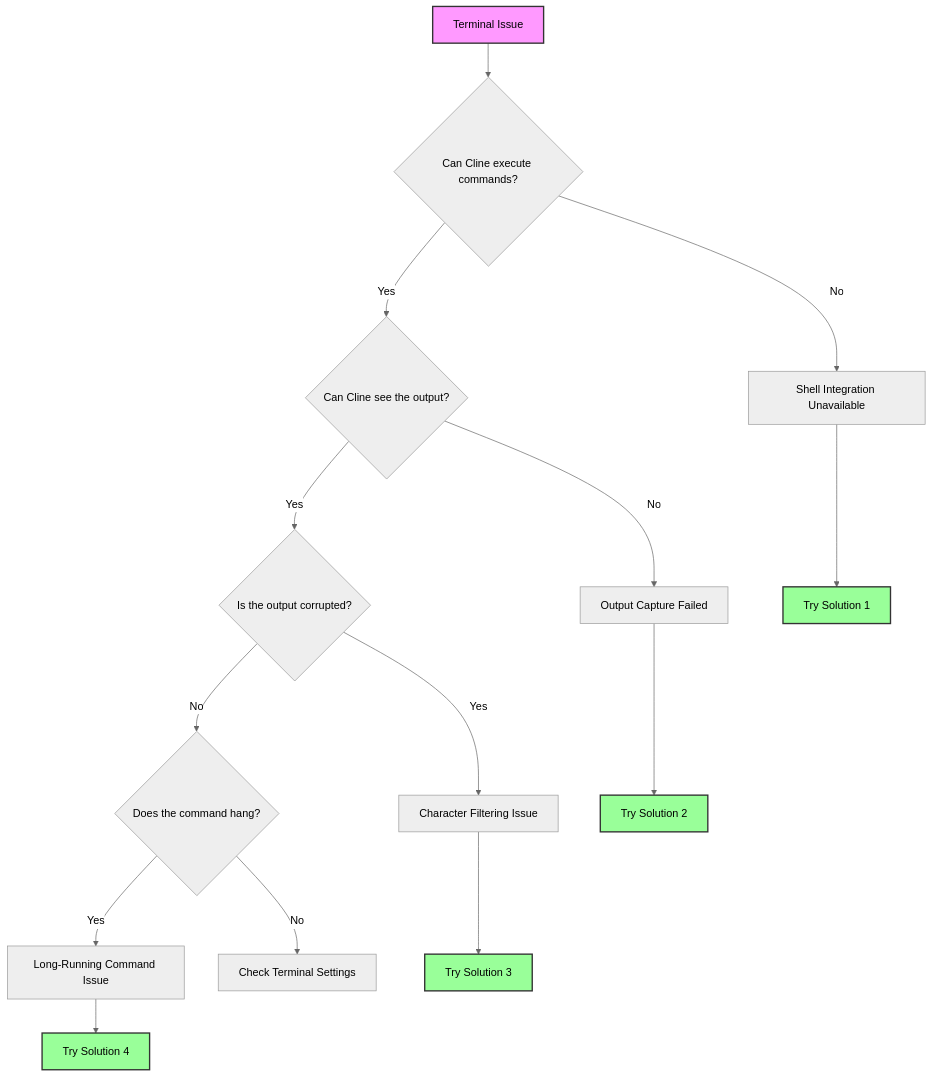
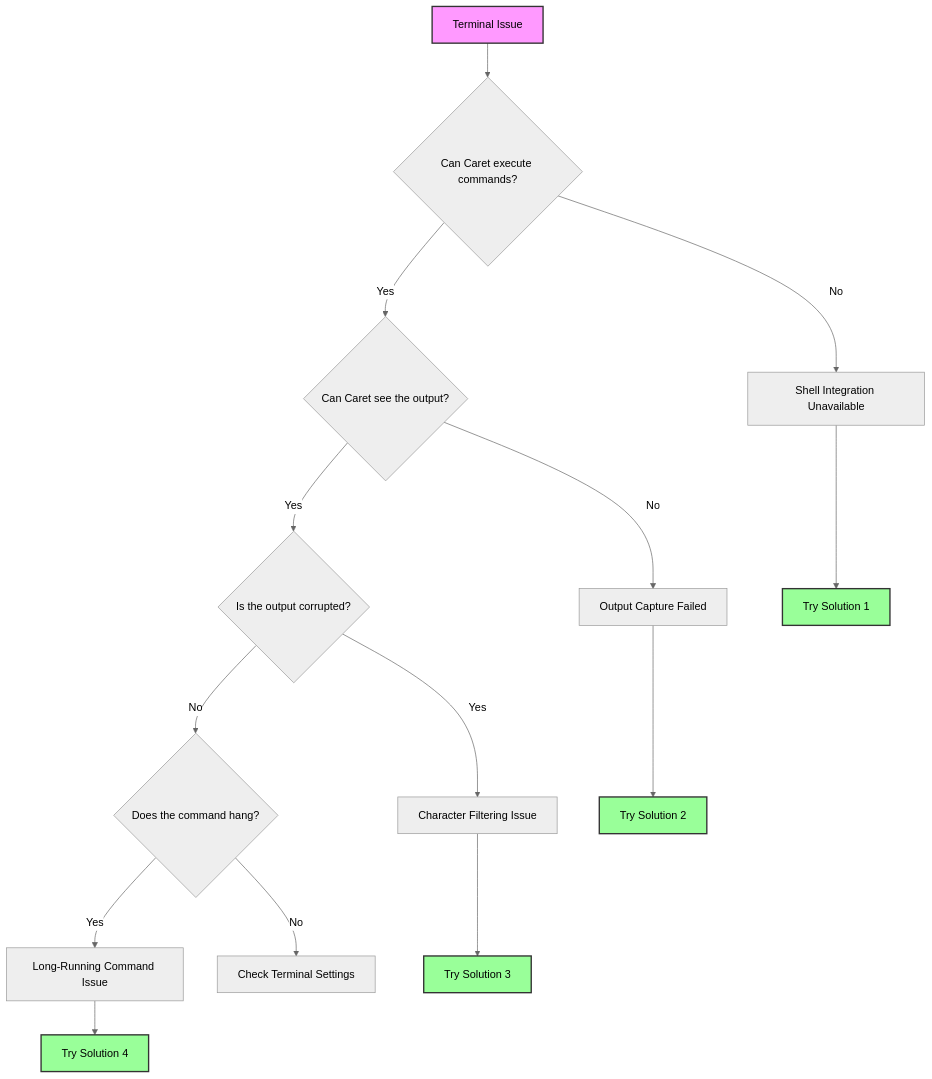
The diagram in docs-zh/troubleshooting/terminal-integration-guide.mdx (aicoding-caret/docs.caret.team), drawn with Mermaid (neutral theme) before and after one commit. The commit also changed other lines of this file and 239 other files, not shown here.

````diff
--- a/docs-zh/troubleshooting/terminal-integration-guide.mdx
+++ b/docs-zh/troubleshooting/terminal-integration-guide.mdx
@@ -20,23 +20,23 @@
 ```mermaid
 graph TD
-    A[Terminal Issue] --> B{Can Cline execute commands?}
+    A[Terminal Issue] --> B{Can Caret execute commands?}
     B -->|No| C[Shell Integration Unavailable]
-    B -->|Yes| D{Can Cline see the output?}
+    B -->|Yes| D{Can Caret see the output?}
     D -->|No| E[Output Capture Failed]
     D -->|Yes| F{Is the output corrupted?}
     F -->|Yes| G[Character Filtering Issue]
     F -->|No| H{Does the command hang?}
     H -->|Yes| I[Long-Running Command Issue]
     H -->|No| J[Check Terminal Settings]
 
     C --> K[Try Solution 1]
     E --> L[Try Solution 2]
     G --> M[Try Solution 3]
     I --> N[Try Solution 4]
 
     style A fill:#f9f,stroke:#333,stroke-width:2px
     style K fill:#9f9,stroke:#333,stroke-width:2px
     style L fill:#9f9,stroke:#333,stroke-width:2px
     style M fill:#9f9,stroke:#333,stroke-width:2px
     style N fill:#9f9,stroke:#333,stroke-width:2px
 ```
````
